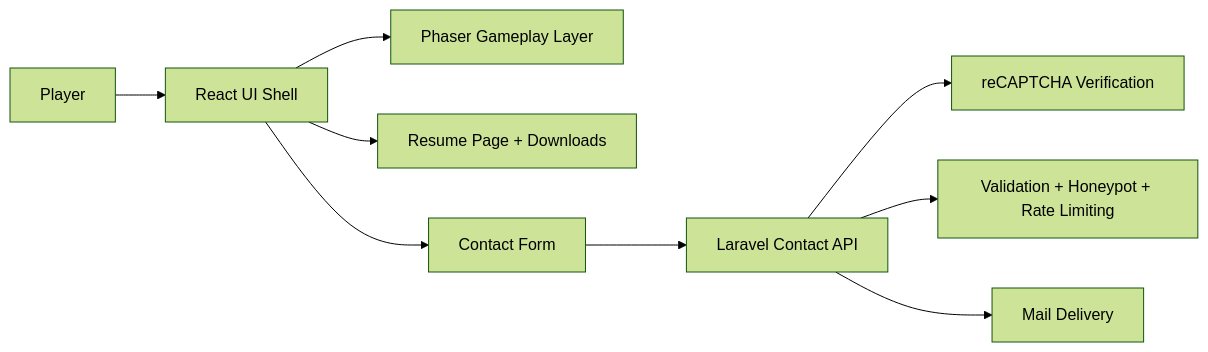
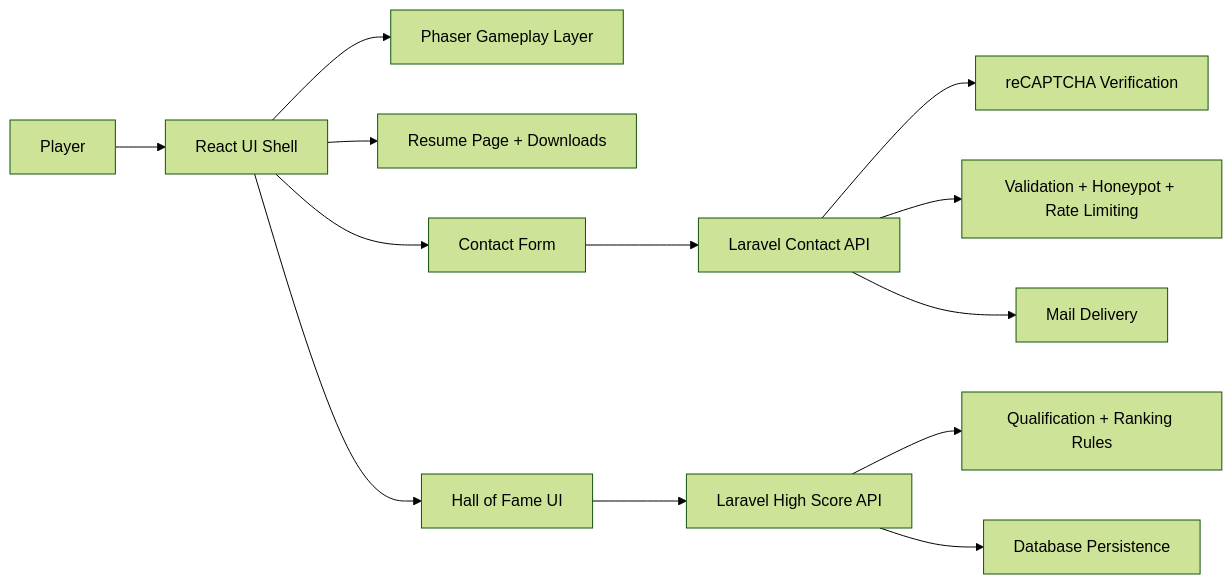
One commit to grzeczko/samurai-greg changed the diagram in README.md. Above: the diagram before and after it, drawn with Mermaid (forest theme). The commit also changed other lines of this file and 27 other files, not shown here.

Commit message:
Added High Scores

````diff
--- a/README.md
+++ b/README.md
@@ -143,11 +147,15 @@
 ```mermaid
 flowchart LR
 	Player[Player] --> UI[React UI Shell]
 	UI --> Game[Phaser Gameplay Layer]
 	UI --> Resume[Resume Page + Downloads]
 	UI --> Contact[Contact Form]
+	UI --> Hall[Hall of Fame UI]
 	Contact --> API[Laravel Contact API]
+	Hall --> Scores[Laravel High Score API]
 	API --> Verify[reCAPTCHA Verification]
 	API --> Guard[Validation + Honeypot + Rate Limiting]
 	API --> Mail[Mail Delivery]
+	Scores --> Rank[Qualification + Ranking Rules]
+	Scores --> Store[Database Persistence]
 ```
````
